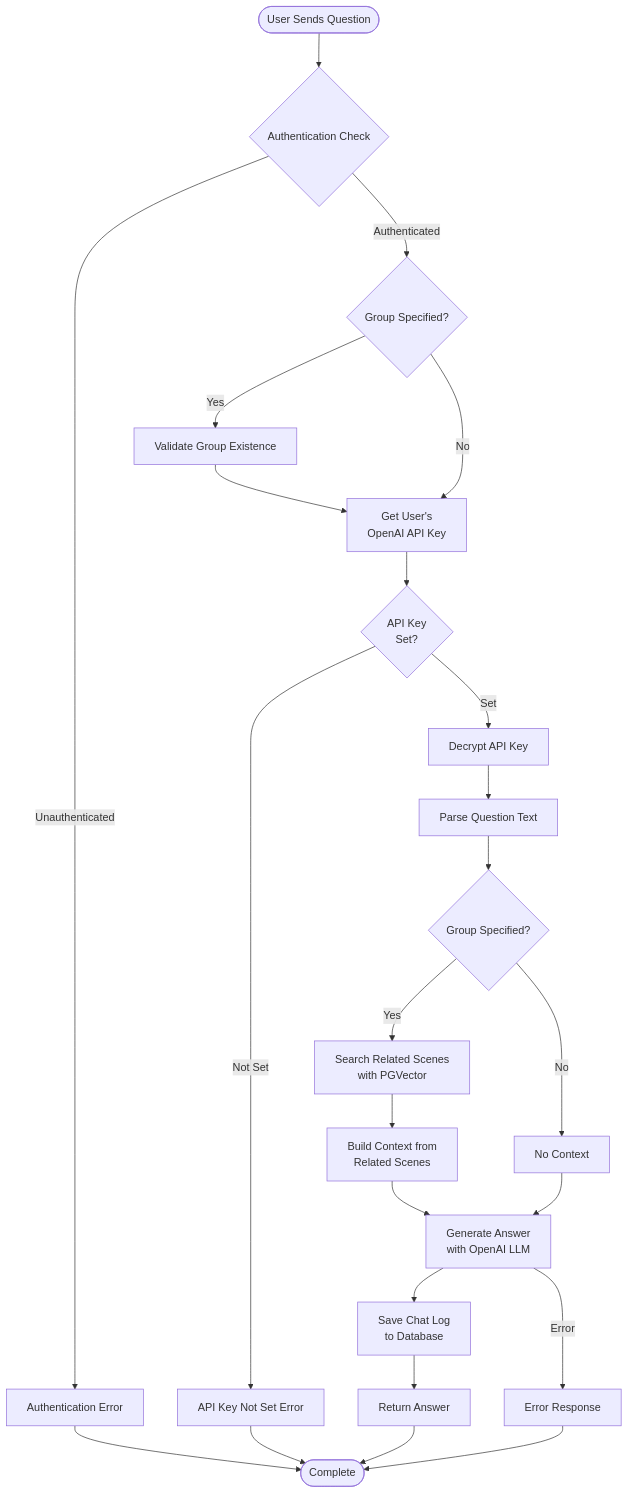
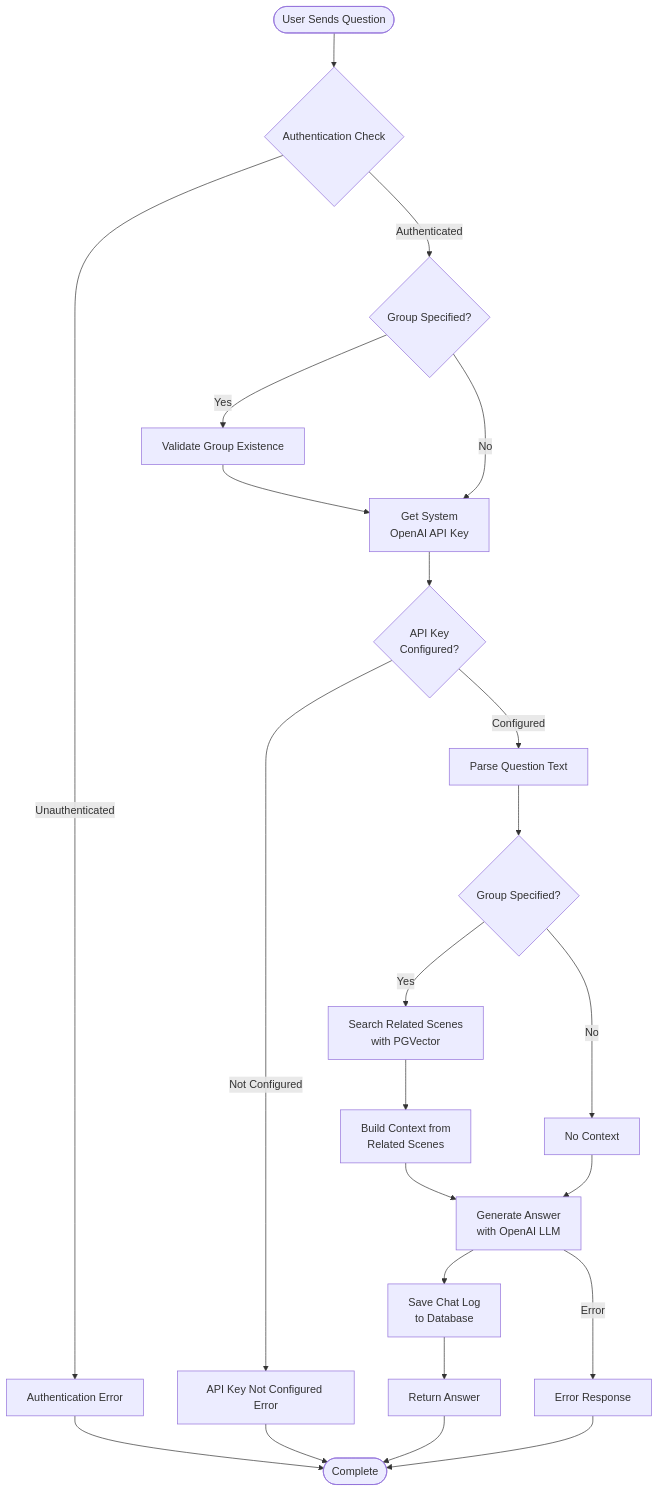
Before and after one commit to yukiharada1228/videoq: the second of 5 diagrams in docs/requirements/activity-diagram.md, drawn with Mermaid. The commit also changed 13 other files, not shown here.

````diff
--- a/docs/requirements/activity-diagram.md
+++ b/docs/requirements/activity-diagram.md
@@ -42,32 +42,30 @@
 ```mermaid
 flowchart TD
     Start([User Sends Question]) --> Auth{Authentication Check}
     Auth -->|Unauthenticated| Error1[Authentication Error]
     Auth -->|Authenticated| GetGroup{Group Specified?}
     
     GetGroup -->|Yes| ValidateGroup[Validate Group Existence]
-    GetGroup -->|No| GetAPIKey[Get User's<br/>OpenAI API Key]
+    GetGroup -->|No| GetAPIKey[Get System<br/>OpenAI API Key]
     ValidateGroup --> GetAPIKey
-    GetAPIKey --> CheckKey{API Key<br/>Set?}
-    CheckKey -->|Not Set| Error2[API Key Not Set Error]
-    CheckKey -->|Set| Decrypt[Decrypt API Key]
-    
-    Decrypt --> ParseQuery[Parse Question Text]
+    GetAPIKey --> CheckKey{API Key<br/>Configured?}
+    CheckKey -->|Not Configured| Error2[API Key Not Configured Error]
+    CheckKey -->|Configured| ParseQuery[Parse Question Text]
     ParseQuery --> VectorSearch{Group Specified?}
     
     VectorSearch -->|Yes| SearchVectors[Search Related Scenes<br/>with PGVector]
     VectorSearch -->|No| NoContext[No Context]
     
     SearchVectors --> BuildContext[Build Context from<br/>Related Scenes]
     BuildContext --> CallLLM[Generate Answer<br/>with OpenAI LLM]
     NoContext --> CallLLM
     
     CallLLM --> SaveLog[Save Chat Log<br/>to Database]
     SaveLog --> ReturnAnswer[Return Answer]
     ReturnAnswer --> End([Complete])
     
     Error1 --> End
     Error2 --> End
     CallLLM -->|Error| Error3[Error Response]
     Error3 --> End
 ```
````
